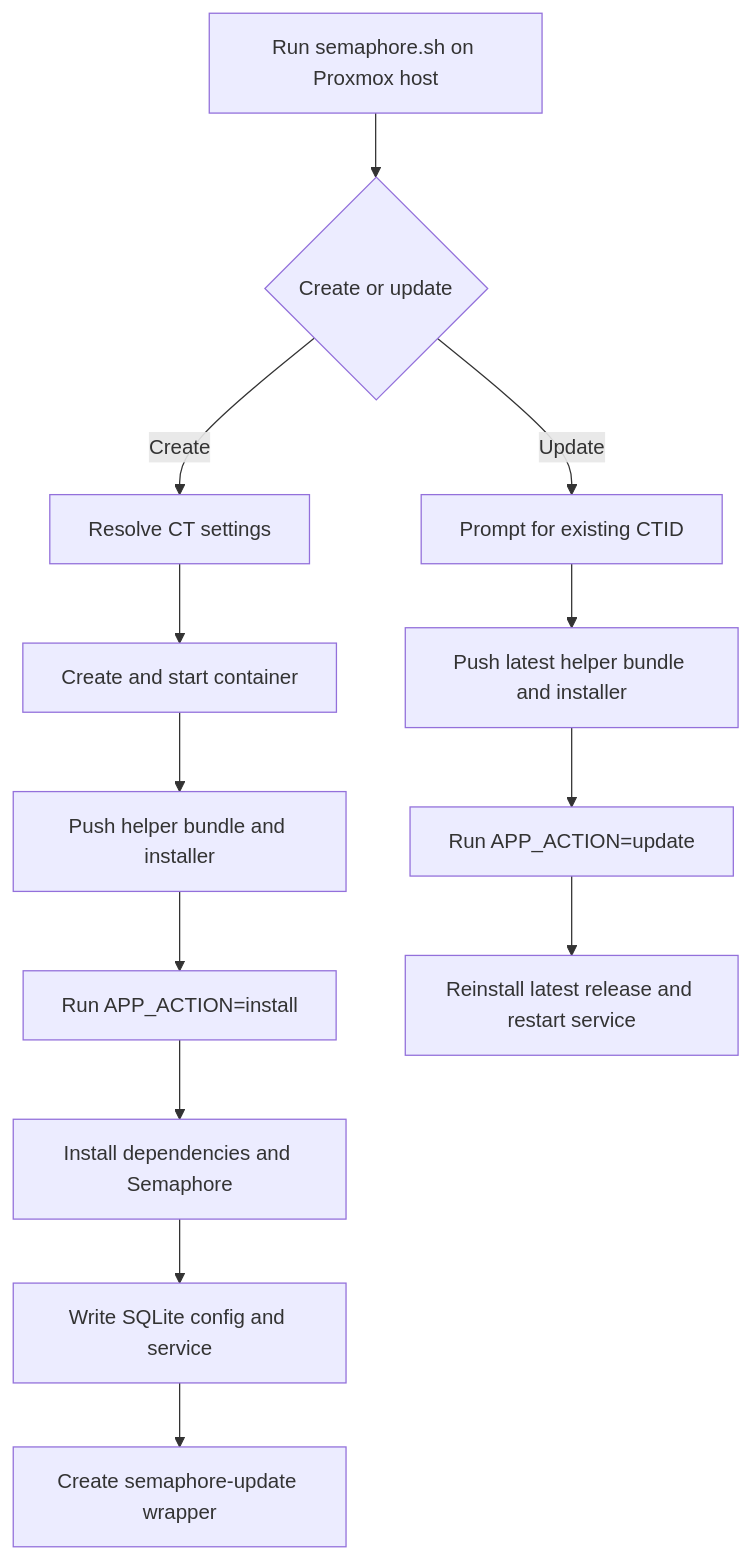
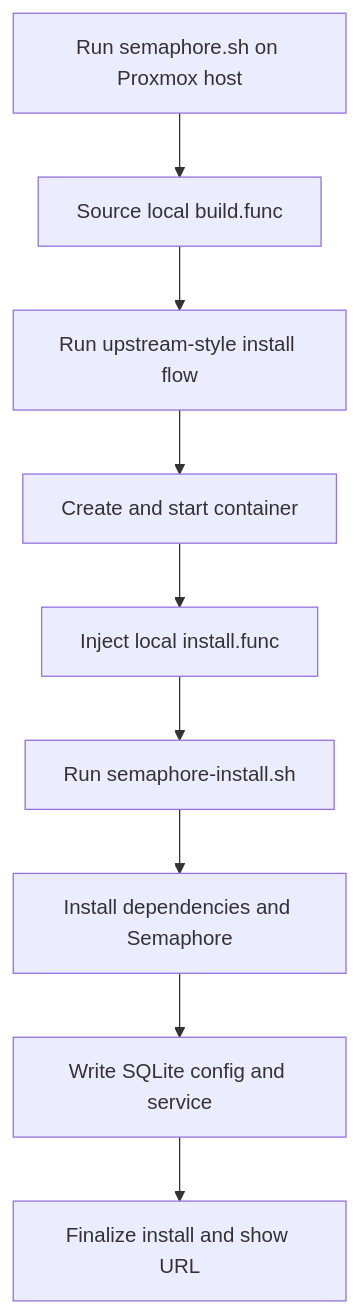
One commit to AKruimink/HomeLab changed the second of 2 diagrams in docs/proxmox-framework.md. Above: the diagram before and after it, drawn with Mermaid. The commit also changed other lines of this file and 11 other files, not shown here.

First line of the commit message:
Vendor upstream Semaphore helper flow

````diff
--- a/docs/proxmox-framework.md
+++ b/docs/proxmox-framework.md
@@ -127,15 +127,11 @@
 ```mermaid
 flowchart TD
-    A[Run semaphore.sh on Proxmox host] --> B{Create or update}
-    B -->|Create| C[Resolve CT settings]
+    A[Run semaphore.sh on Proxmox host] --> B[Source local build.func]
+    B --> C[Run upstream-style install flow]
     C --> D[Create and start container]
-    D --> E[Push helper bundle and installer]
-    E --> F[Run APP_ACTION=install]
+    D --> E[Inject local install.func]
+    E --> F[Run semaphore-install.sh]
     F --> G[Install dependencies and Semaphore]
     G --> H[Write SQLite config and service]
-    H --> I[Create semaphore-update wrapper]
-    B -->|Update| J[Prompt for existing CTID]
-    J --> K[Push latest helper bundle and installer]
-    K --> L[Run APP_ACTION=update]
-    L --> M[Reinstall latest release and restart service]
+    H --> I[Finalize install and show URL]
 ```
````
